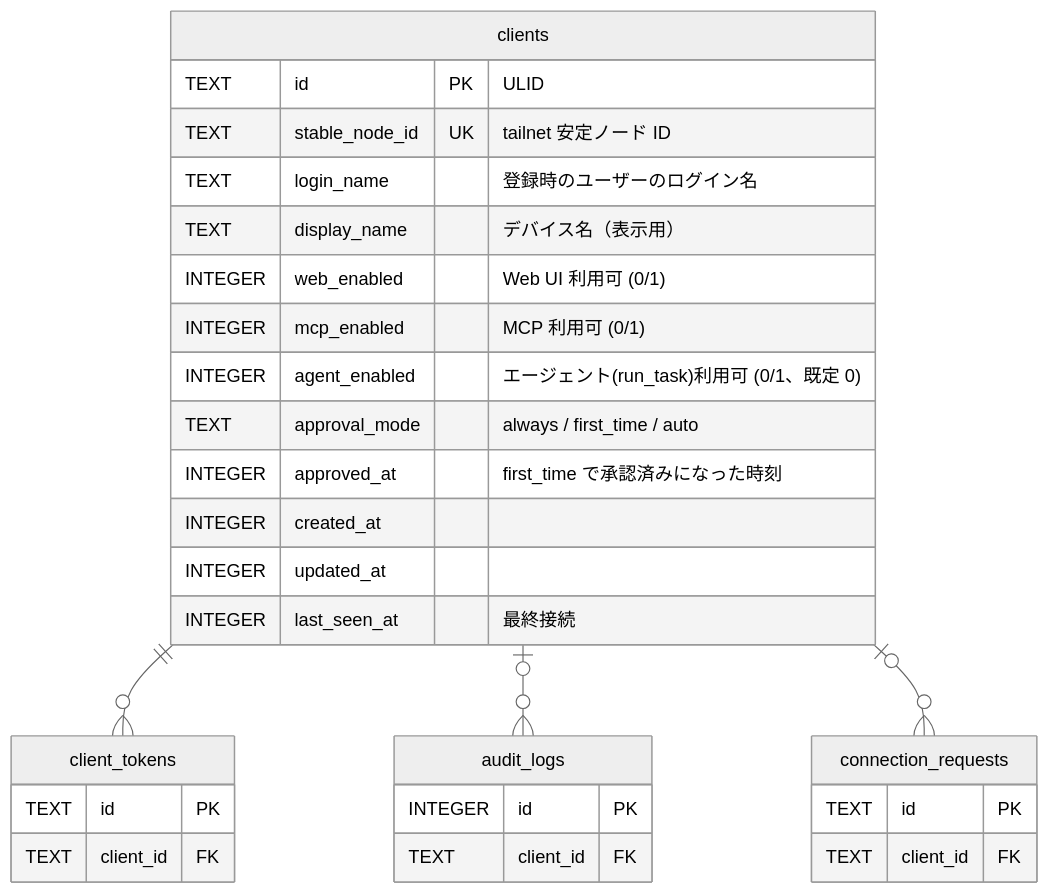
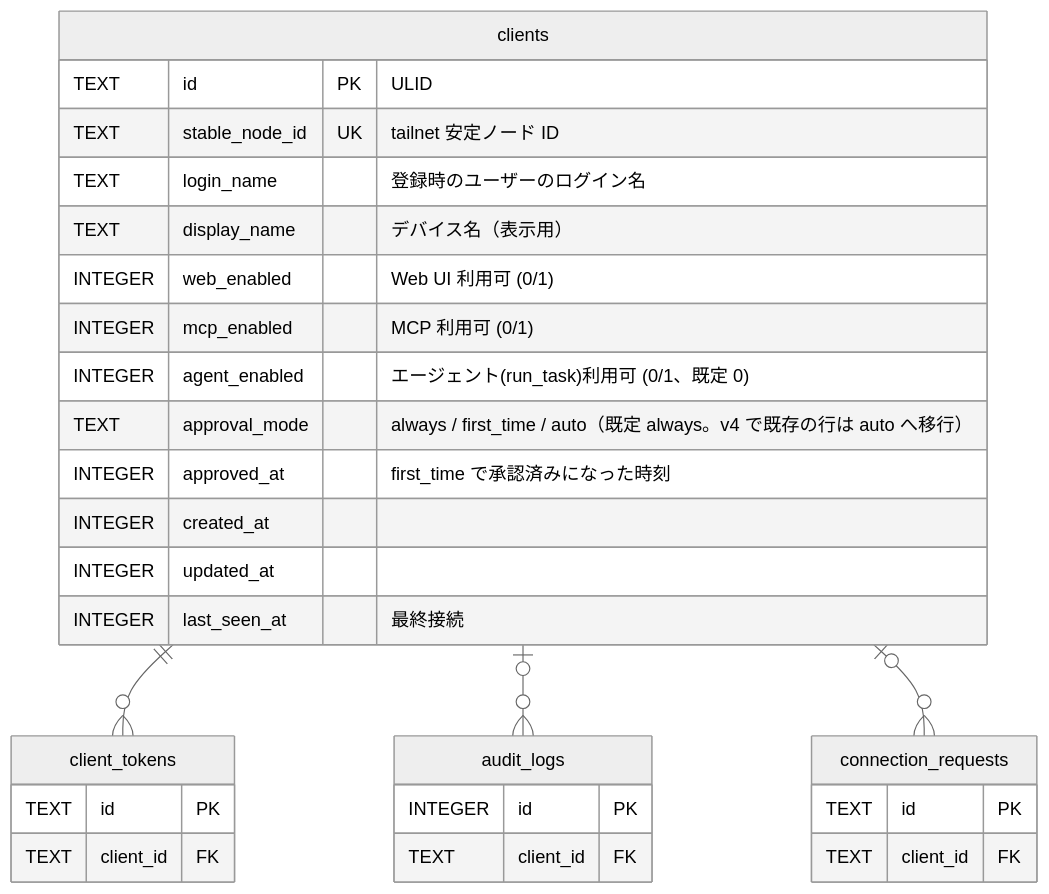
Before and after one commit to ousiassllc/puppet-remo: the second of 9 diagrams in docs/architecture/er.md, drawn with Mermaid (neutral theme). The commit also changed other lines of this file and 114 other files, not shown here.

````diff
--- a/docs/architecture/er.md
+++ b/docs/architecture/er.md
@@ -53,32 +53,32 @@
 ```mermaid
 erDiagram
     clients {
         TEXT id PK "ULID"
         TEXT stable_node_id UK "tailnet 安定ノード ID"
         TEXT login_name "登録時のユーザーのログイン名"
         TEXT display_name "デバイス名（表示用）"
         INTEGER web_enabled "Web UI 利用可 (0/1)"
         INTEGER mcp_enabled "MCP 利用可 (0/1)"
         INTEGER agent_enabled "エージェント(run_task)利用可 (0/1、既定 0)"
-        TEXT approval_mode "always / first_time / auto"
+        TEXT approval_mode "always / first_time / auto（既定 always。v4 で既存の行は auto へ移行）"
         INTEGER approved_at "first_time で承認済みになった時刻"
         INTEGER created_at
         INTEGER updated_at
         INTEGER last_seen_at "最終接続"
     }
     client_tokens {
         TEXT id PK
         TEXT client_id FK
     }
     audit_logs {
         INTEGER id PK
         TEXT client_id FK
     }
     connection_requests {
         TEXT id PK
         TEXT client_id FK
     }
     clients ||--o{ client_tokens : ""
     clients |o--o{ audit_logs : ""
     clients |o--o{ connection_requests : ""
 ```
````
